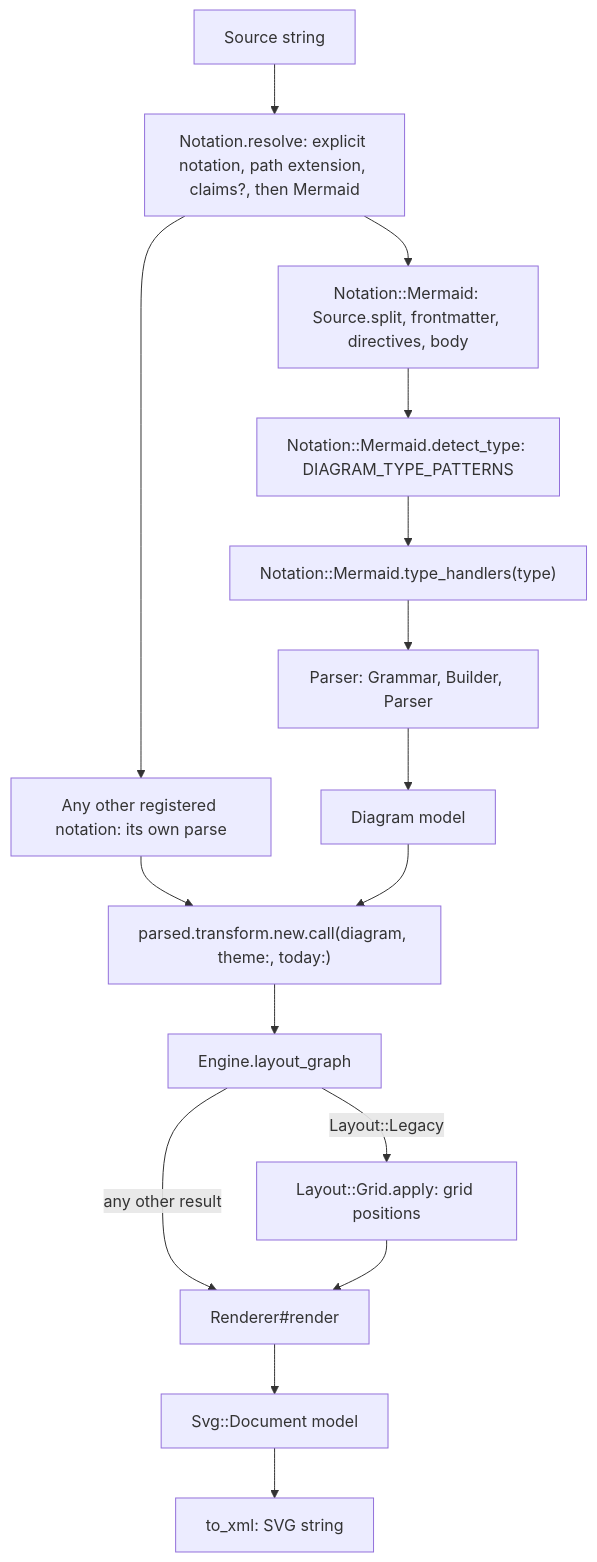
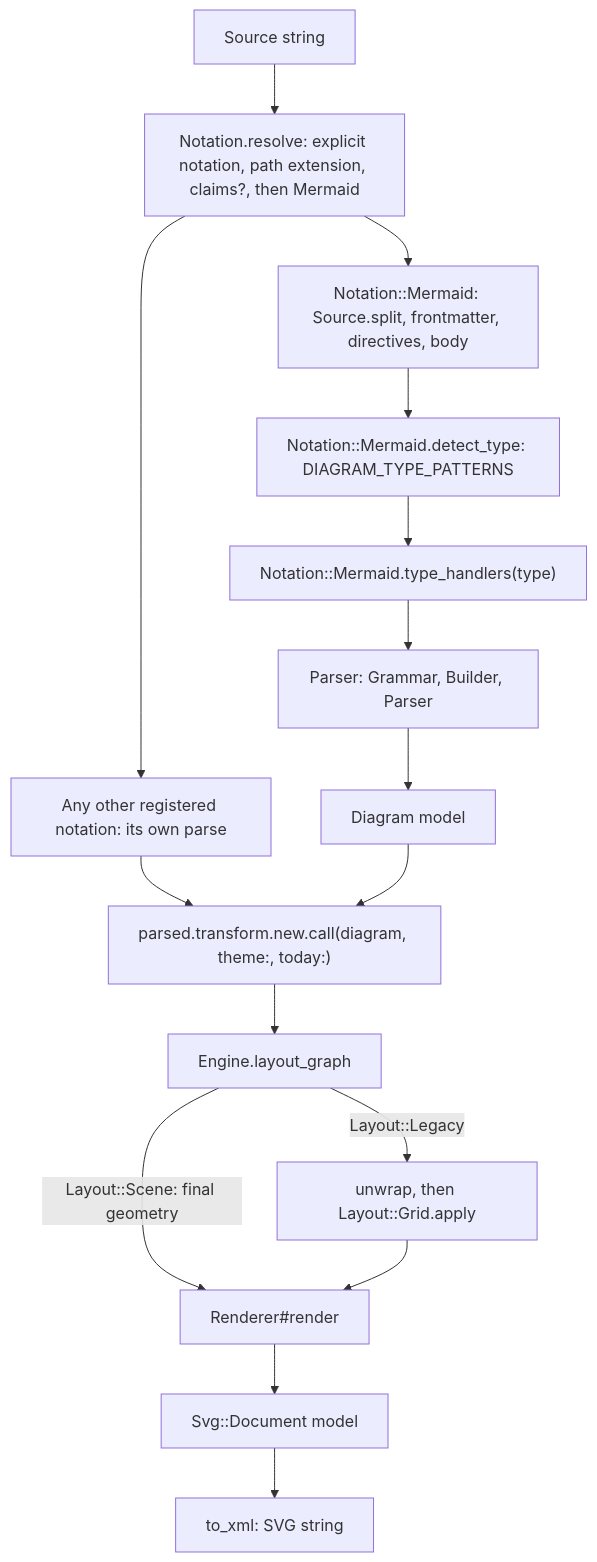
One commit to claricle/sirena changed the first of 3 diagrams in ARCHITECTURE.md. Above: the diagram before and after it, drawn with Mermaid. The commit also changed other lines of this file, not shown here.

Commit message:
correct architecture pipeline

````diff
--- a/ARCHITECTURE.md
+++ b/ARCHITECTURE.md
@@ -31,18 +33,18 @@
 ```mermaid
 flowchart TD
     Src["Source string"] --> Pick["Notation.resolve: explicit notation, path extension, claims?, then Mermaid"]
     Pick --> Split["Notation::Mermaid: Source.split, frontmatter, directives, body"]
     Pick --> Other["Any other registered notation: its own parse"]
     Split --> Detect["Notation::Mermaid.detect_type: DIAGRAM_TYPE_PATTERNS"]
     Detect --> Reg["Notation::Mermaid.type_handlers(type)"]
     Reg --> Parse["Parser: Grammar, Builder, Parser"]
     Parse --> Model["Diagram model"]
     Other --> Trans
     Model --> Trans["parsed.transform.new.call(diagram, theme:, today:)"]
     Trans --> Layout["Engine.layout_graph"]
-    Layout -->|"Layout::Legacy"| Grid["Layout::Grid.apply: grid positions"]
-    Layout -->|"any other result"| Rend
+    Layout -->|"Layout::Legacy"| Grid["unwrap, then Layout::Grid.apply"]
+    Layout -->|"Layout::Scene: final geometry"| Rend
     Grid --> Rend["Renderer#render"]
     Rend --> Svg["Svg::Document model"]
     Svg --> Xml["to_xml: SVG string"]
 ```
````
